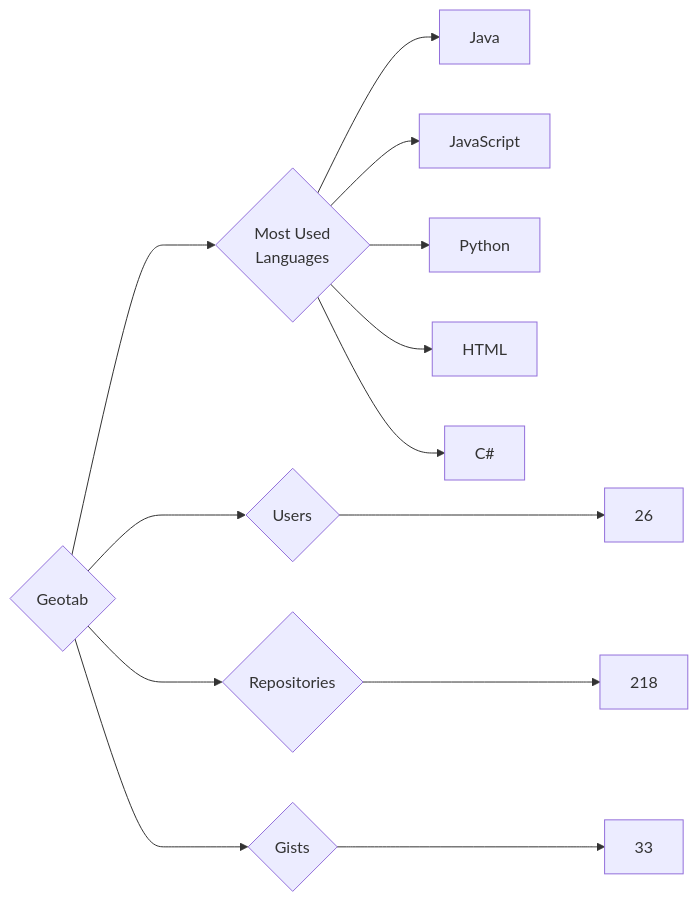
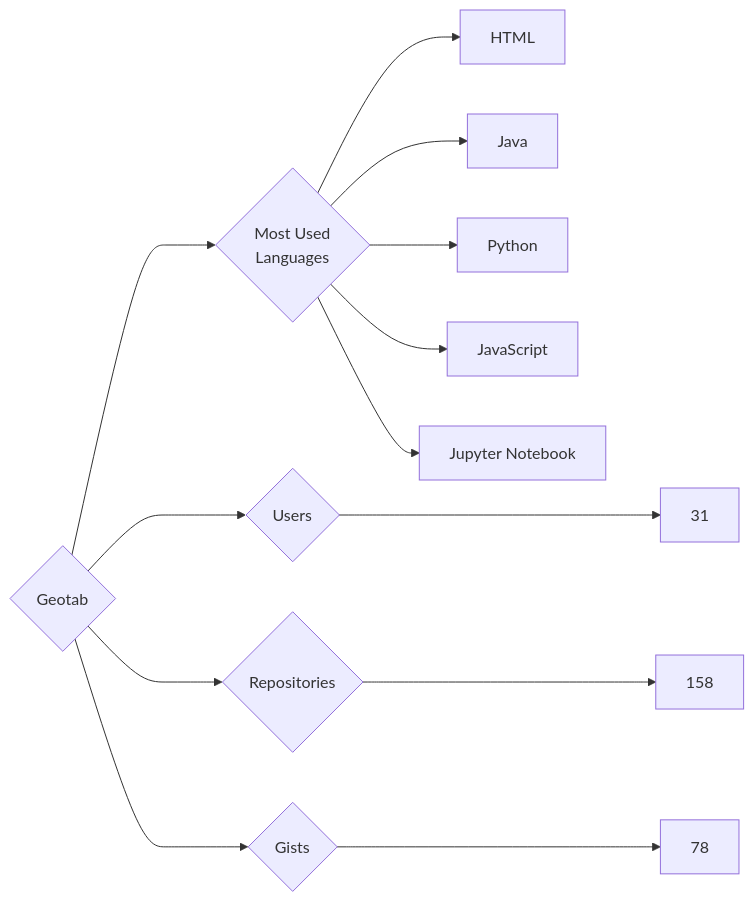
The diagram in targets/Geotab/README.md (trickest/insiders), drawn with Mermaid before and after one commit. The commit also changed 782 other files, not shown here.

````diff
--- a/targets/Geotab/README.md
+++ b/targets/Geotab/README.md
@@ -3,13 +3,13 @@
 ```mermaid
 graph LR
 COMPANY_NAME{Geotab}
-COMPANY_NAME ---> U{Users} ---> UN[26]
-COMPANY_NAME ---> R{Repositories} ---> RN[218]
-COMPANY_NAME ---> G{Gists} ---> GN[33]
+COMPANY_NAME ---> U{Users} ---> UN[31]
+COMPANY_NAME ---> R{Repositories} ---> RN[158]
+COMPANY_NAME ---> G{Gists} ---> GN[78]
 COMPANY_NAME ---> ML{Most Used<br>Languages}
+ML --> HTML[HTML]
 ML --> Java[Java]
+ML --> Python[Python]
 ML --> JavaScript[JavaScript]
-ML --> Python[Python]
-ML --> HTML[HTML]
-ML --> C#[C#]
+ML --> Jupyter_Notebook[Jupyter Notebook]
 ```
````
